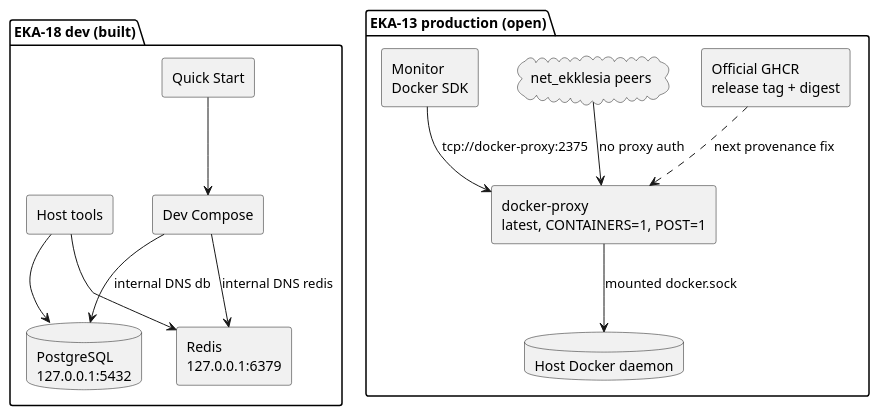
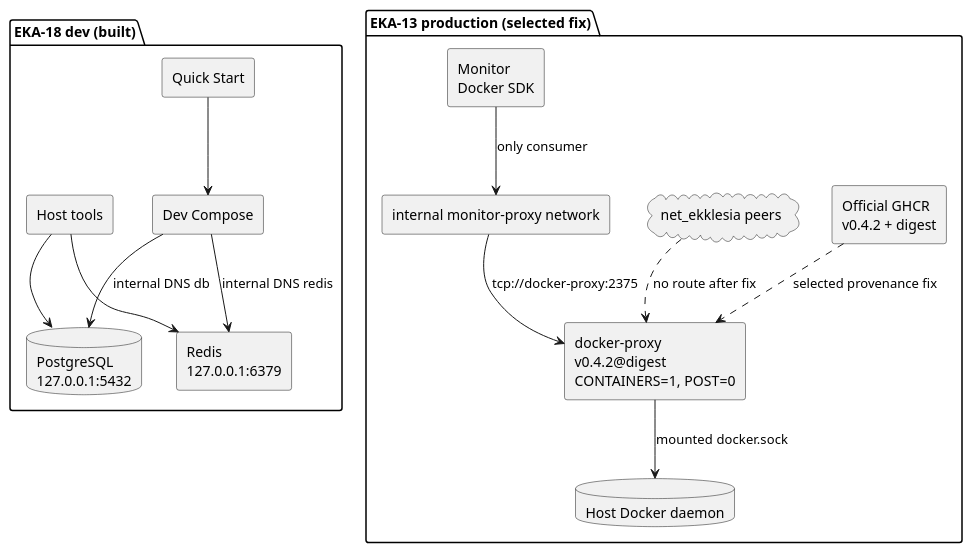
Before and after one commit to NeaBouli/pnyx: the second of 2 diagrams in docs/architecture/map.puml, drawn with PlantUML. The commit also changed other lines of this file and 6 other files, not shown here.

Commit message:
docs(architecture): select EKA-13 isolation boundary

```diff
--- a/docs/architecture/map.puml
+++ b/docs/architecture/map.puml
@@ -24,27 +25,29 @@
 @startuml
 skinparam componentStyle rectangle
 package "EKA-18 dev (built)" {
   component "Quick Start" as QUICK
   component "Dev Compose" as DEV
   component "Host tools" as HOSTTOOLS
   database "PostgreSQL\n127.0.0.1:5432" as DEVDB
   component "Redis\n127.0.0.1:6379" as DEVREDIS
   QUICK --> DEV
   HOSTTOOLS --> DEVDB
   HOSTTOOLS --> DEVREDIS
   DEV --> DEVDB : internal DNS db
   DEV --> DEVREDIS : internal DNS redis
 }
 
-package "EKA-13 production (open)" {
+package "EKA-13 production (selected fix)" {
   component "Monitor\nDocker SDK" as MON
-  component "docker-proxy\nlatest, CONTAINERS=1, POST=1" as PROXY
-  component "Official GHCR\nrelease tag + digest" as GHCR
+  component "docker-proxy\nv0.4.2@digest\nCONTAINERS=1, POST=0" as PROXY
+  component "Official GHCR\nv0.4.2 + digest" as GHCR
   database "Host Docker daemon" as DOCKER
   cloud "net_ekklesia peers" as PEERS
-  MON --> PROXY : tcp://docker-proxy:2375
-  PEERS --> PROXY : no proxy auth
+  rectangle "internal monitor-proxy network" as PRIVATE
+  MON --> PRIVATE : only consumer
+  PRIVATE --> PROXY : tcp://docker-proxy:2375
+  PEERS ..> PROXY : no route after fix
   PROXY --> DOCKER : mounted docker.sock
-  GHCR ..> PROXY : next provenance fix
+  GHCR ..> PROXY : selected provenance fix
 }
 @enduml
```
